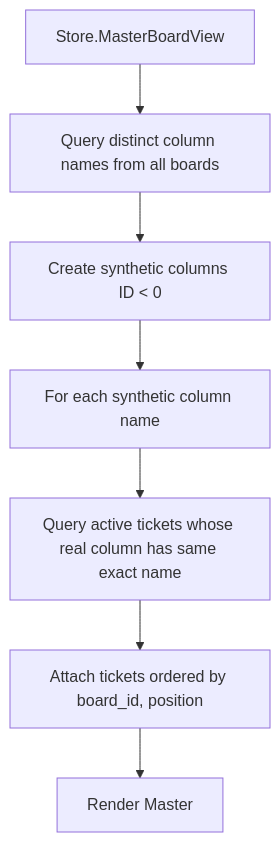
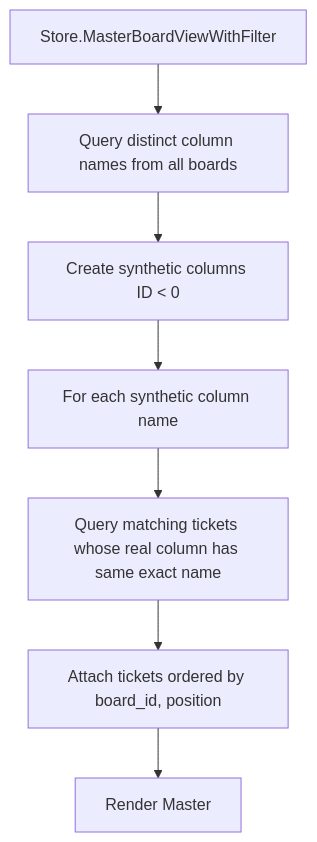
Before and after one commit to carlotran4/kanbi: the third of 6 diagrams in docs/multi-board-behavior.md, drawn with Mermaid. The commit also changed other lines of this file and 41 other files, not shown here.

````diff
--- a/docs/multi-board-behavior.md
+++ b/docs/multi-board-behavior.md
@@ -80,9 +80,9 @@
 ```mermaid
 flowchart TD
-  A[Store.MasterBoardView] --> B[Query distinct column names from all boards]
+  A[Store.MasterBoardViewWithFilter] --> B[Query distinct column names from all boards]
   B --> C[Create synthetic columns ID < 0]
   C --> D[For each synthetic column name]
-  D --> E[Query active tickets whose real column has same exact name]
+  D --> E[Query matching tickets whose real column has same exact name]
   E --> F[Attach tickets ordered by board_id, position]
   F --> G[Render Master]
 ```
````
